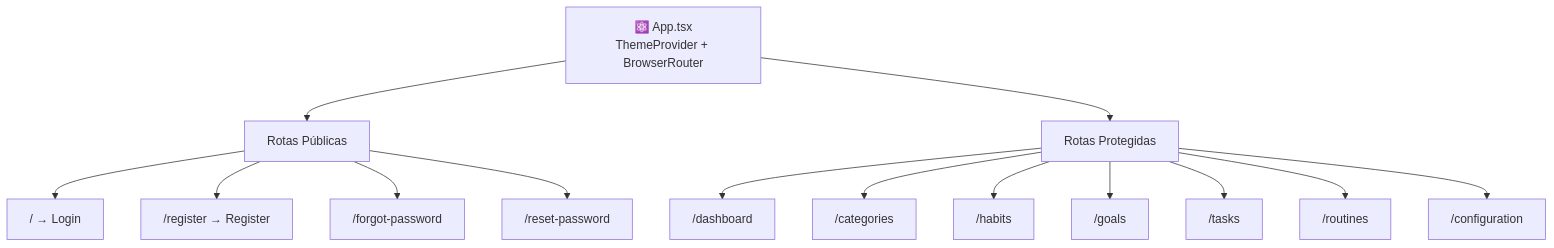
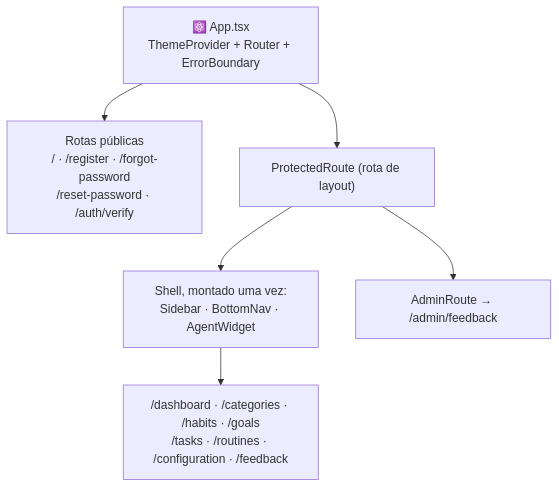
The diagram in architecture/ui-components/pt.md (AndDev741/Beyou-arch-design), drawn with Mermaid before and after one commit. The commit also changed other lines of this file and 7 other files, not shown here.

First line of the commit message:
docs(architecture): ui-components and redux-data enter the monorepo era

````diff
--- a/architecture/ui-components/pt.md
+++ b/architecture/ui-components/pt.md
@@ -12,19 +10,9 @@
 ```mermaid
 flowchart TD
-  APP["⚛️ App.tsx<br/>ThemeProvider + BrowserRouter"]
-  APP --> PUBLIC["Rotas Públicas"]
-  APP --> PROTECTED["Rotas Protegidas"]
-
-  PUBLIC --> LOGIN["/ → Login"]
-  PUBLIC --> REG["/register → Register"]
-  PUBLIC --> FORGOT["/forgot-password"]
-  PUBLIC --> RESET["/reset-password"]
-
-  PROTECTED --> DASH["/dashboard"]
-  PROTECTED --> CAT["/categories"]
-  PROTECTED --> HAB["/habits"]
-  PROTECTED --> GOAL["/goals"]
-  PROTECTED --> TASK["/tasks"]
-  PROTECTED --> RTN["/routines"]
-  PROTECTED --> CFG["/configuration"]
+  APP["⚛️ App.tsx<br/>ThemeProvider + Router + ErrorBoundary"]
+  APP --> PUB["Rotas públicas<br/>/ · /register · /forgot-password<br/>/reset-password · /auth/verify"]
+  APP --> PROT["ProtectedRoute (rota de layout)"]
+  PROT --> SHELL["Shell, montado uma vez:<br/>Sidebar · BottomNav · AgentWidget"]
+  SHELL --> PAGES["/dashboard · /categories · /habits · /goals<br/>/tasks · /routines · /configuration · /feedback"]
+  PROT --> ADMIN["AdminRoute → /admin/feedback"]
 ```
````
